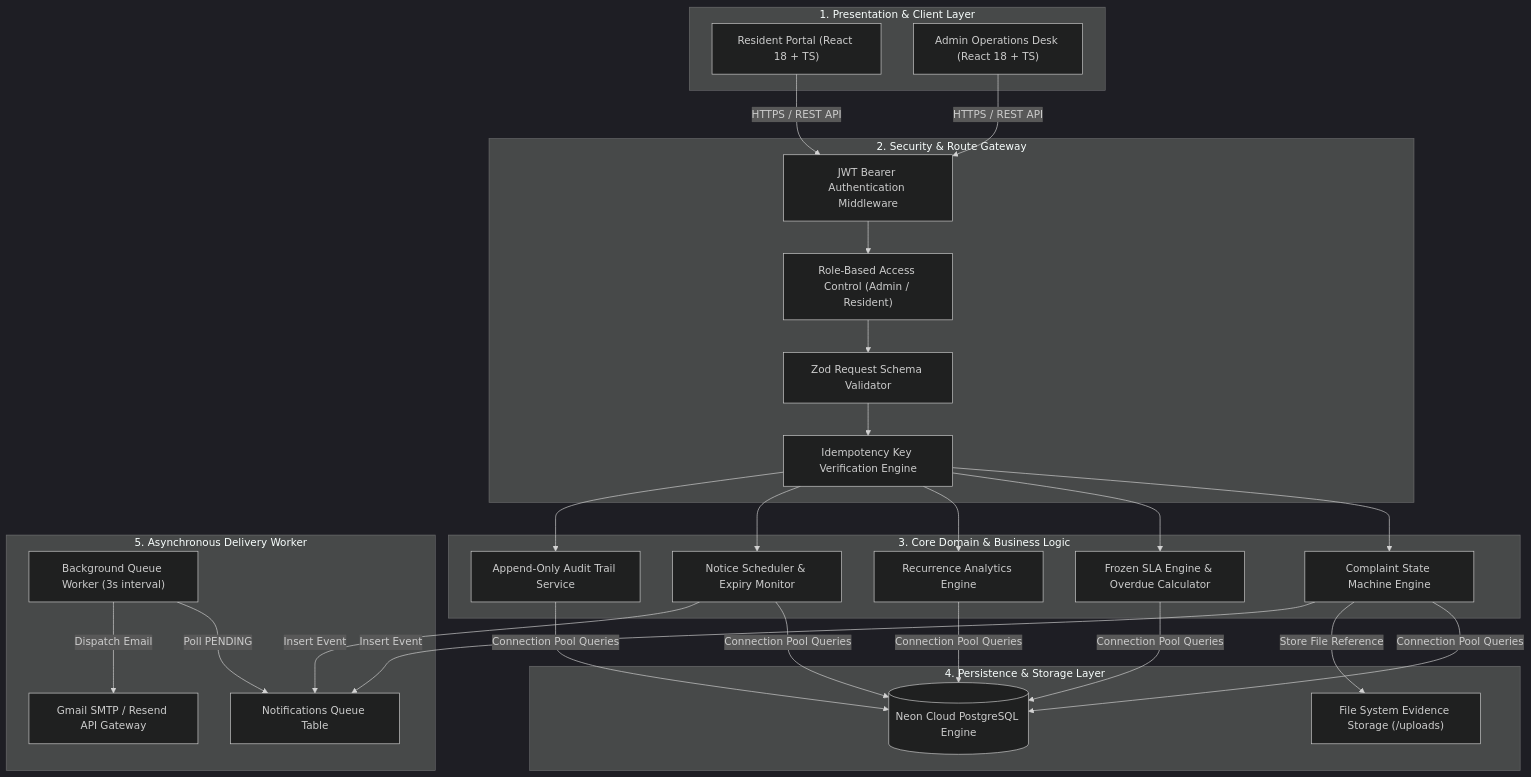
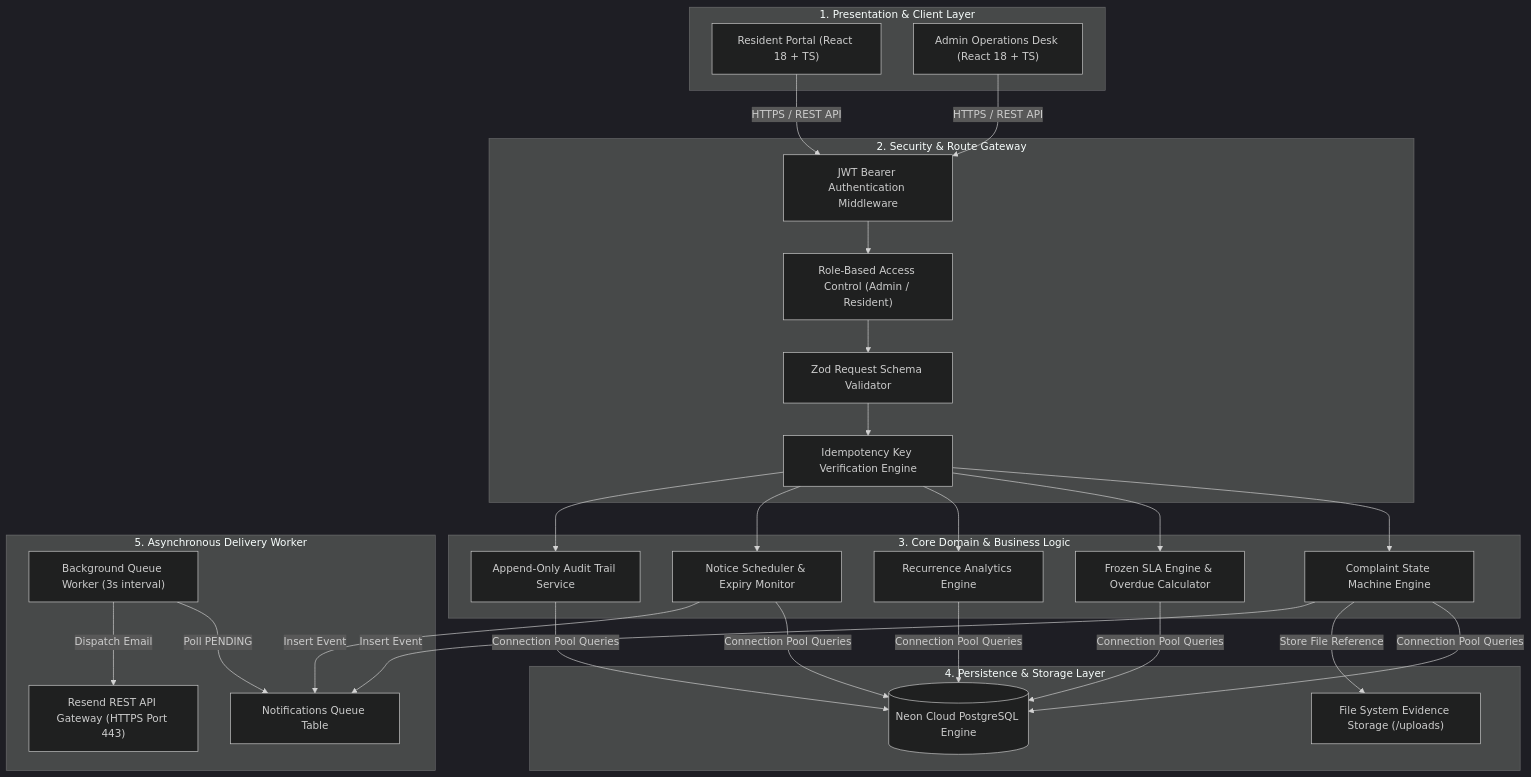
The first of 4 diagrams in docs/SYSTEM_DESIGN.md (ishashwatt/ORQEN-Society-Maintenance-Tracker), drawn with Mermaid (dark theme) before and after one commit. The commit also changed other lines of this file and 3 other files, not shown here.

Commit message:
Standardize email engine to pure Resend REST API and remove SMTP dependencies

````diff
--- a/docs/SYSTEM_DESIGN.md
+++ b/docs/SYSTEM_DESIGN.md
@@ -9,43 +9,43 @@
 ```mermaid
 graph TB
     subgraph ClientLayer["1. Presentation & Client Layer"]
         RP["Resident Portal (React 18 + TS)"]
         AP["Admin Operations Desk (React 18 + TS)"]
     end
 
     subgraph GatewayLayer["2. Security & Route Gateway"]
         AUTH["JWT Bearer Authentication Middleware"]
         RBAC["Role-Based Access Control (Admin / Resident)"]
         VAL["Zod Request Schema Validator"]
         IDEM["Idempotency Key Verification Engine"]
     end
 
     subgraph ServiceLayer["3. Core Domain & Business Logic"]
         SM["Complaint State Machine Engine"]
         SLA["Frozen SLA Engine & Overdue Calculator"]
         REC["Recurrence Analytics Engine"]
         NOTIF["Notice Scheduler & Expiry Monitor"]
         AUDIT["Append-Only Audit Trail Service"]
     end
 
     subgraph DataLayer["4. Persistence & Storage Layer"]
         PG[("Neon Cloud PostgreSQL Engine")]
         FS["File System Evidence Storage (/uploads)"]
     end
 
     subgraph QueueLayer["5. Asynchronous Delivery Worker"]
         NQ["Notifications Queue Table"]
         WORKER["Background Queue Worker (3s interval)"]
-        SMTP["Gmail SMTP / Resend API Gateway"]
+        RESEND["Resend REST API Gateway (HTTPS Port 443)"]
     end
 
     RP -->|HTTPS / REST API| AUTH
     AP -->|HTTPS / REST API| AUTH
     AUTH --> RBAC --> VAL --> IDEM
     IDEM --> SM & SLA & REC & NOTIF & AUDIT
     SM & SLA & REC & NOTIF & AUDIT -->|Connection Pool Queries| PG
     SM -->|Store File Reference| FS
     SM & NOTIF -->|Insert Event| NQ
     WORKER -->|Poll PENDING| NQ
-    WORKER -->|Dispatch Email| SMTP
+    WORKER -->|Dispatch Email| RESEND
 ```
````
